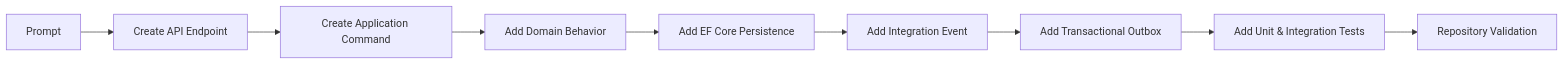
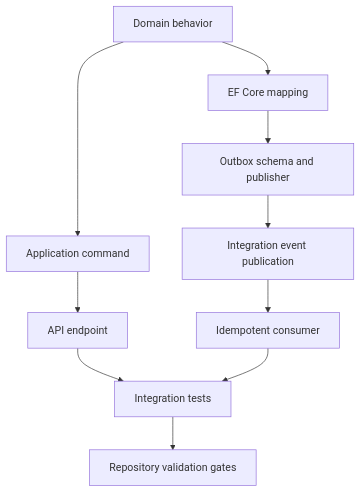
Before and after one commit to sheikh-zeeshan/Enterprise-AI-Engineering-Handbook: the third of 11 diagrams in book/07-skills.md, drawn with Mermaid. The commit also changed other lines of this file and 49 other files, not shown here.

````diff
--- a/book/07-skills.md
+++ b/book/07-skills.md
@@ -485,35 +639,12 @@
 ```mermaid
-flowchart LR
-
-Prompt
-
---> API[Create API Endpoint]
-
-API
-
---> CMD[Create Application Command]
-
-CMD
-
---> DOMAIN[Add Domain Behavior]
-
-DOMAIN
-
---> EF[Add EF Core Persistence]
-
-EF
-
---> EVENT[Add Integration Event]
-
-EVENT
-
---> OUTBOX[Add Transactional Outbox]
-
-OUTBOX
-
---> TEST[Add Unit & Integration Tests]
-
-TEST
-
---> VALIDATE[Repository Validation]
+flowchart TD
+    Domain[Domain behavior] --> App[Application command]
+    Domain --> Mapping[EF Core mapping]
+    Mapping --> Outbox[Outbox schema and publisher]
+    App --> Endpoint[API endpoint]
+    Outbox --> Event[Integration event publication]
+    Event --> Consumer[Idempotent consumer]
+    Endpoint --> Tests[Integration tests]
+    Consumer --> Tests
+    Tests --> Gates[Repository validation gates]
 ```
````
